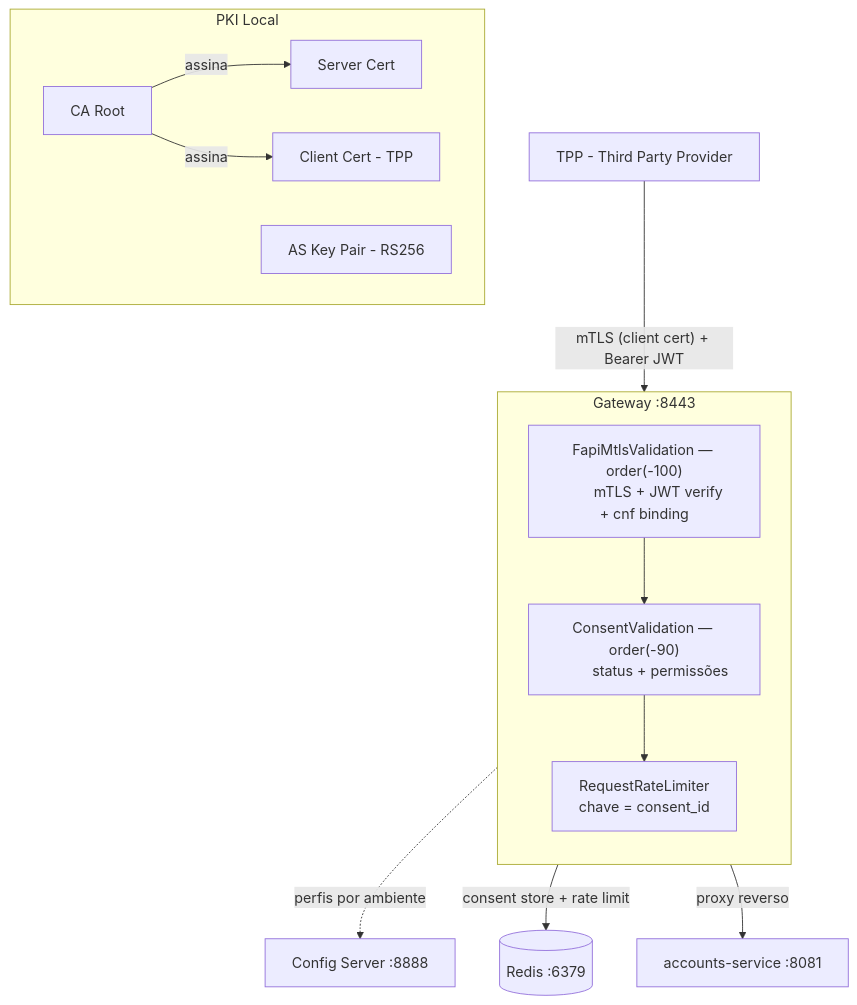
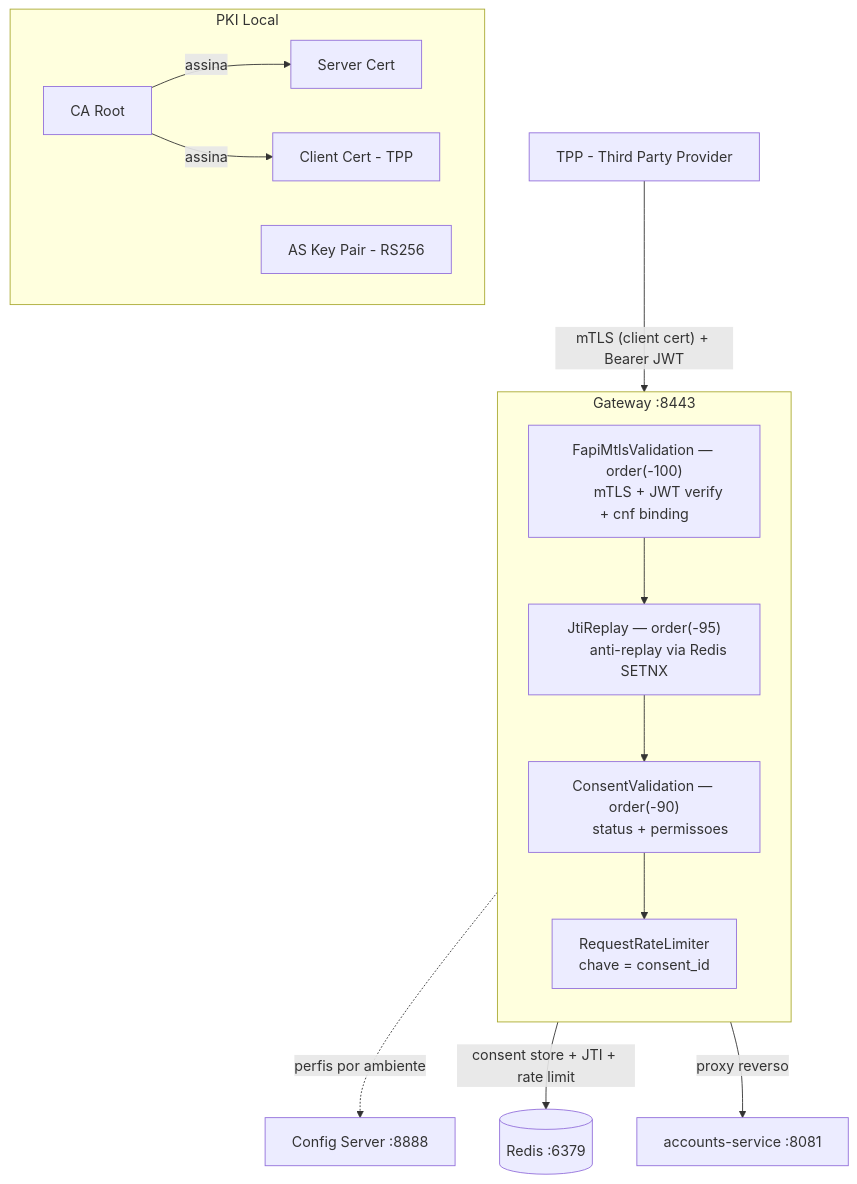
One commit to mcoldibelli/open-finance changed the diagram in README.md. Above: the diagram before and after it, drawn with Mermaid. The commit also changed other lines of this file, not shown here.

````diff
--- a/README.md
+++ b/README.md
@@ -15,31 +15,33 @@
 ```mermaid
 flowchart TB
     subgraph pki [PKI Local]
         CA[CA Root]
         CA -->|assina| SC[Server Cert]
         CA -->|assina| CC[Client Cert - TPP]
         ASK[AS Key Pair - RS256]
     end
 
     TPP[TPP - Third Party Provider]
 
     subgraph gw [Gateway :8443]
         direction TB
         F1["FapiMtlsValidation — order(-100)
         mTLS + JWT verify + cnf binding"]
-        F2["ConsentValidation — order(-90)
-        status + permissões"]
-        F3["RequestRateLimiter
+        F2["JtiReplay — order(-95)
+        anti-replay via Redis SETNX"]
+        F3["ConsentValidation — order(-90)
+        status + permissoes"]
+        F4["RequestRateLimiter
         chave = consent_id"]
-        F1 --> F2 --> F3
+        F1 --> F2 --> F3 --> F4
     end
 
     CS[Config Server :8888]
     REDIS[(Redis :6379)]
     ACCS[accounts-service :8081]
 
     TPP -->|"mTLS (client cert) + Bearer JWT"| gw
     gw -.->|perfis por ambiente| CS
-    gw -->|consent store + rate limit| REDIS
+    gw -->|consent store + JTI + rate limit| REDIS
     gw -->|proxy reverso| ACCS
 ```
````
